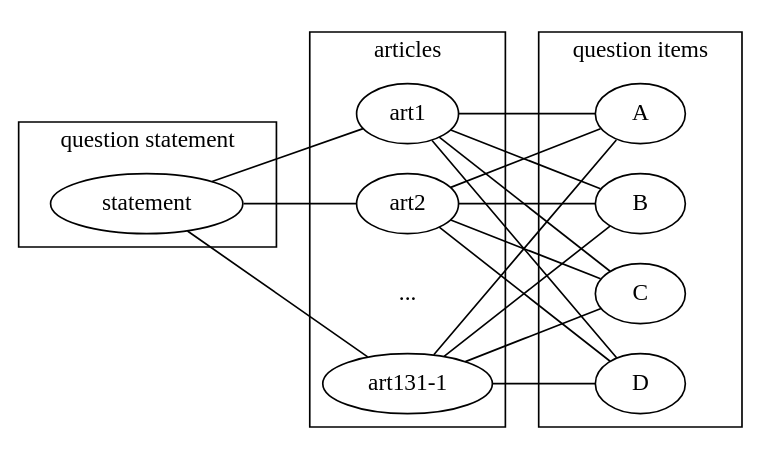
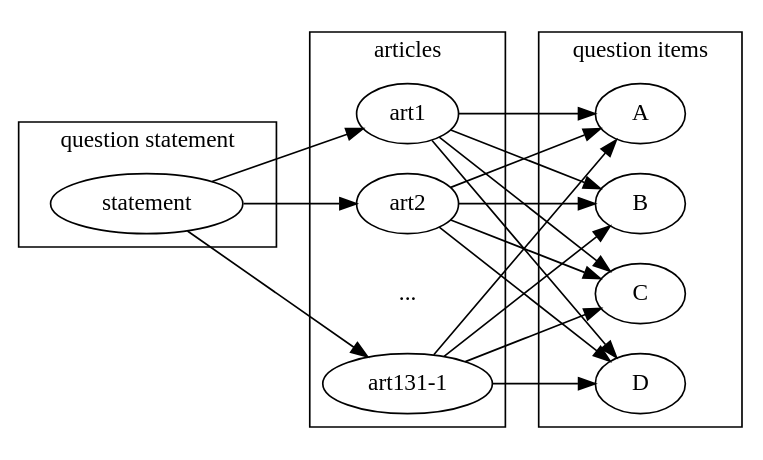
One commit to legal-nlp/oab-exams changed the diagram in doc/graph.gv. Above: the diagram before and after it, drawn with Graphviz. The commit also changed 1 other file, not shown here.

Commit message:
change graph to directed graph

```diff
--- a/doc/graph.gv
+++ b/doc/graph.gv
@@ -1,34 +1,36 @@
-graph oab {
+// dot -Tps -o graph.ps graph.gv
+// gs -o graph.pdf -sDEVICE=pdfwrite -g4510x3260 -dPDFFitPage graph.ps
+Digraph oab {
         rankdir=LR;
         splines=line;
         subgraph cluster_statement {
                 label="question statement"
                 statement
         }
         subgraph cluster_articles{
                 label="articles"
                 art1;
                 art2;
                 reticencias[label="...", shape="none"];
                 art131[label="art131-1"];
                 
                 {rank=same;
                         art1;
                         art2;
                         reticencias;
                         art131}
                 } 		
         subgraph cluster_items {
                         label="question items";
                 A;
                 B;
                 C;
                 D;
                 {rank=same;
                         A B C D}
                 }
-        statement -- {art1 art2 art131};
-        art1 -- {A B C D};
-        art2 -- {A B C D};
-        art131 -- {A B C D};
+        statement -> {art1 art2 art131};
+        art1 -> {A B C D};
+        art2 -> {A B C D};
+        art131 -> {A B C D};
             }
```
